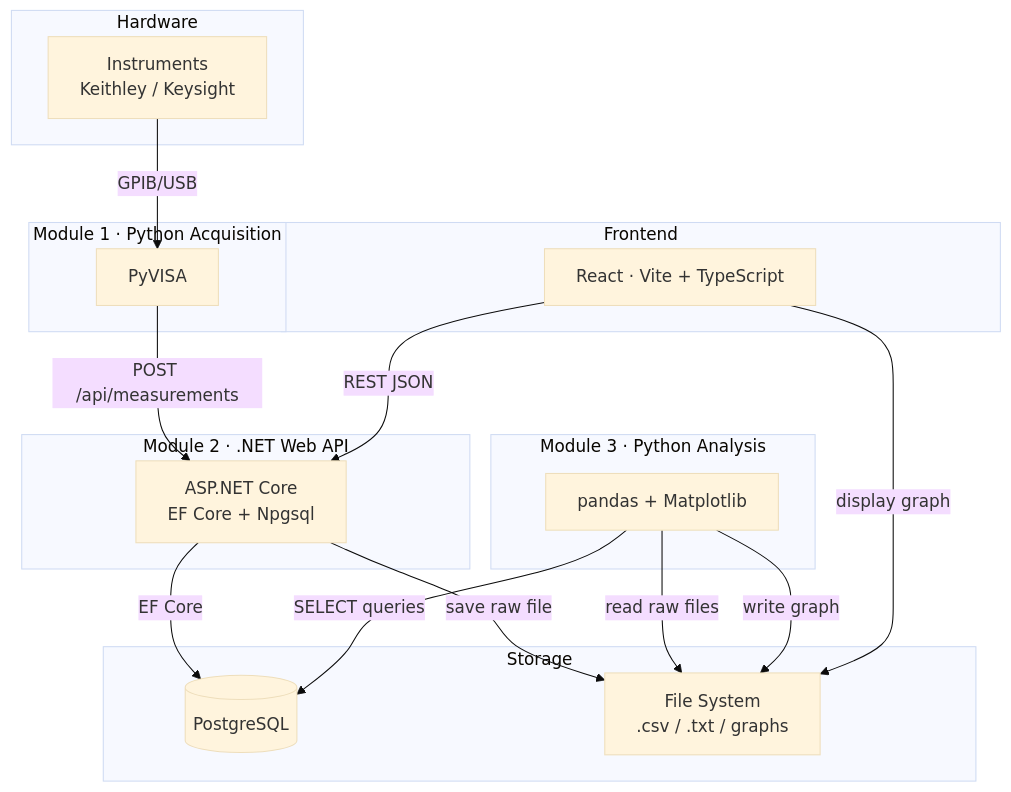
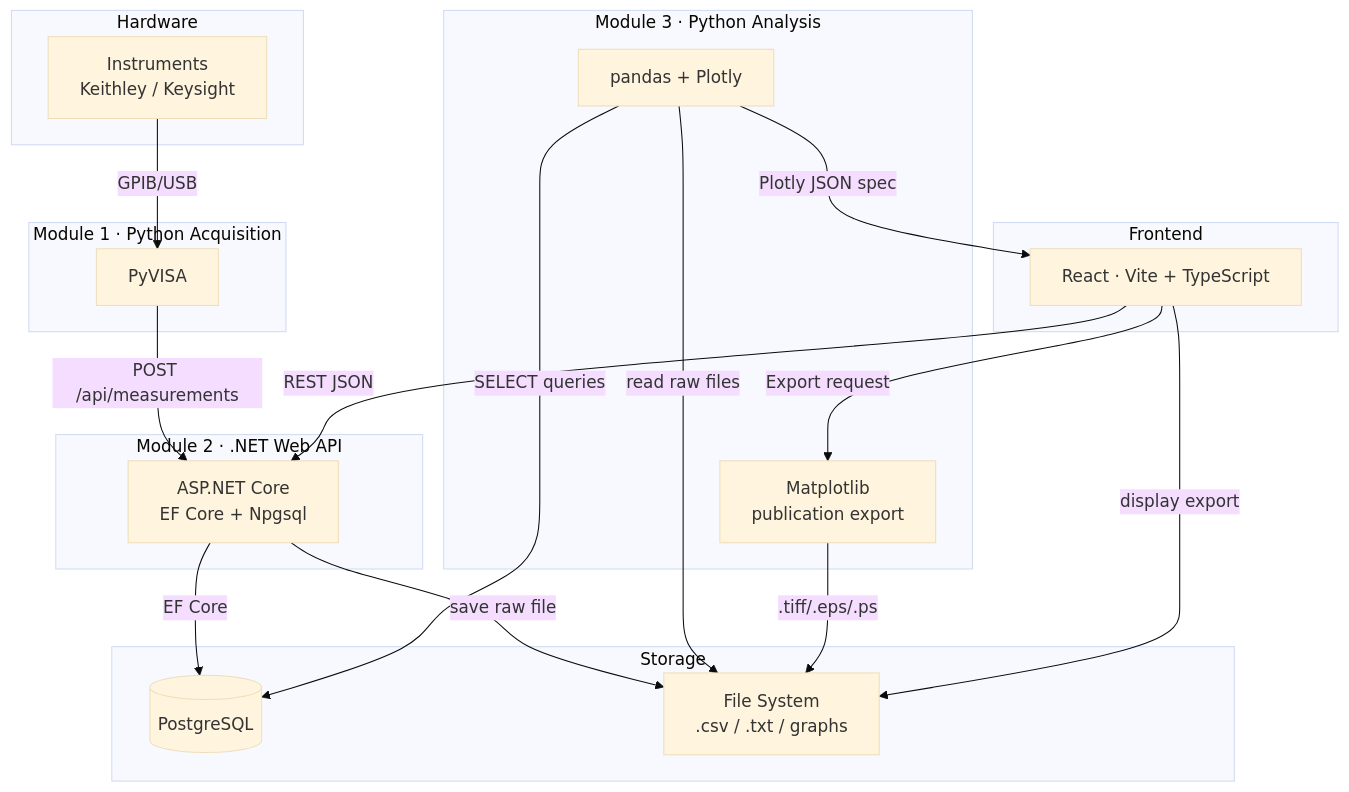
One commit to GitTurtleDone/ExpeGraph changed the diagram in docs/design/ArchitectureAndTools.md. Above: the diagram before and after it, drawn with Mermaid (base theme). The commit also changed other lines of this file and 1 other file, not shown here.

Commit message:
Decision change: Plotly will be used for front-end interactive graphing and matplotlib for exporting publication-ready graphs

````diff
--- a/docs/design/ArchitectureAndTools.md
+++ b/docs/design/ArchitectureAndTools.md
@@ -13,37 +15,40 @@
 ```mermaid
 flowchart TB
     subgraph HW[Hardware]
         INST[Instruments\nKeithley / Keysight]
     end
 
     subgraph M1[Module 1 · Python Acquisition]
         VISA[PyVISA]
     end
 
     subgraph M2[Module 2 · .NET Web API]
         API[ASP.NET Core\nEF Core + Npgsql]
     end
 
     subgraph M3[Module 3 · Python Analysis]
-        PY[pandas + Matplotlib]
+        PY[pandas + Plotly]
+        MPL[Matplotlib\npublication export]
     end
 
     subgraph Store[Storage]
         PG[(PostgreSQL)]
         FS[File System\n.csv / .txt / graphs]
     end
 
     subgraph FE[Frontend]
         UI[React · Vite + TypeScript]
     end
 
     INST -->|GPIB/USB| VISA
     VISA -->|POST /api/measurements| API
     API -->|EF Core| PG
     API -->|save raw file| FS
     UI  -->|REST JSON| API
     PY  -->|SELECT queries| PG
     PY  -->|read raw files| FS
-    PY  -->|write graph| FS
-    UI  -->|display graph| FS
+    PY  -->|Plotly JSON spec| UI
+    UI  -->|Export request| MPL
+    MPL -->|.tiff/.eps/.ps| FS
+    UI  -->|display export| FS
 ```
````
